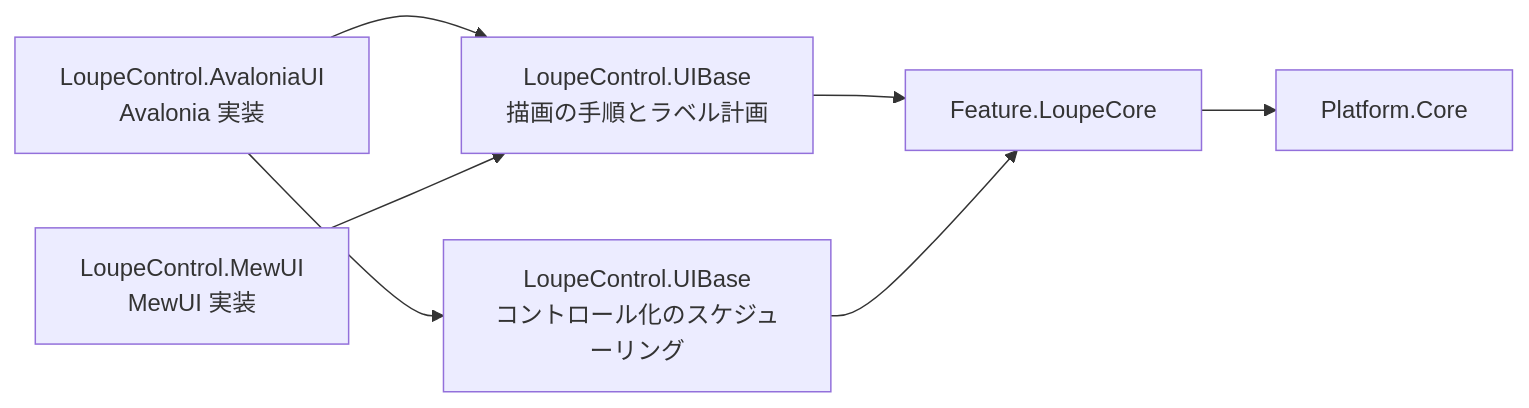
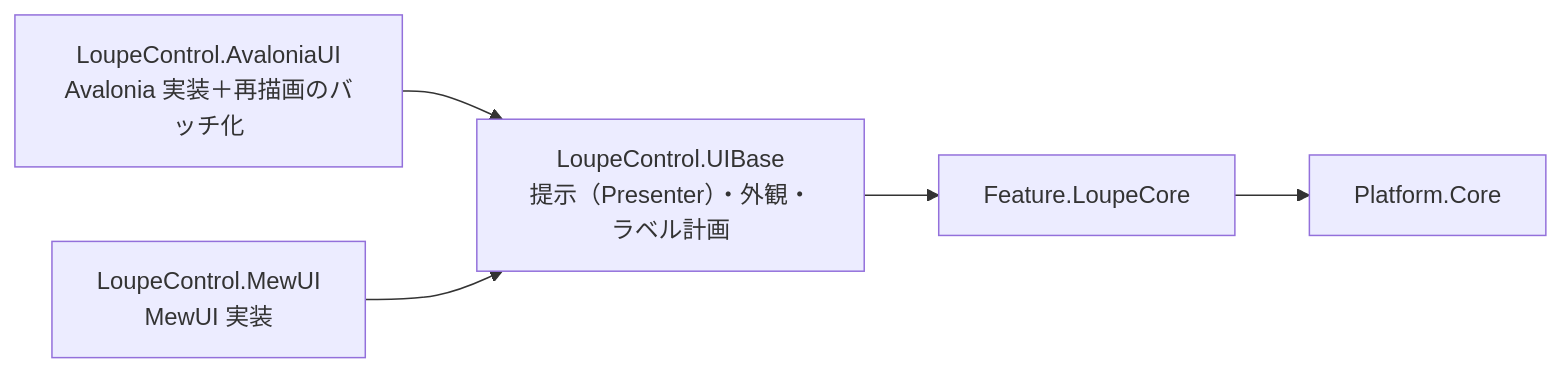
The first of 2 diagrams in src/Feature.LoupeCore/SPEC_System.md (tomokuni/SaveEvidence), drawn with Mermaid before and after one commit. The commit also changed other lines of this file and 92 other files, not shown here.

````diff
--- a/src/Feature.LoupeCore/SPEC_System.md
+++ b/src/Feature.LoupeCore/SPEC_System.md
@@ -29,9 +29,7 @@
 ```mermaid
 graph LR
-  A[LoupeControl.AvaloniaUI<br/>Avalonia 実装] --> R[LoupeControl.UIBase<br/>描画の手順とラベル計画]
+  A[LoupeControl.AvaloniaUI<br/>Avalonia 実装＋再描画のバッチ化] --> R[LoupeControl.UIBase<br/>提示（Presenter）・外観・ラベル計画]
   M[LoupeControl.MewUI<br/>MewUI 実装] --> R
   R --> B[Feature.LoupeCore]
-  A --> C[LoupeControl.UIBase<br/>コントロール化のスケジューリング]
-  C --> B
   B --> D[Platform.Core]
 ```
````
